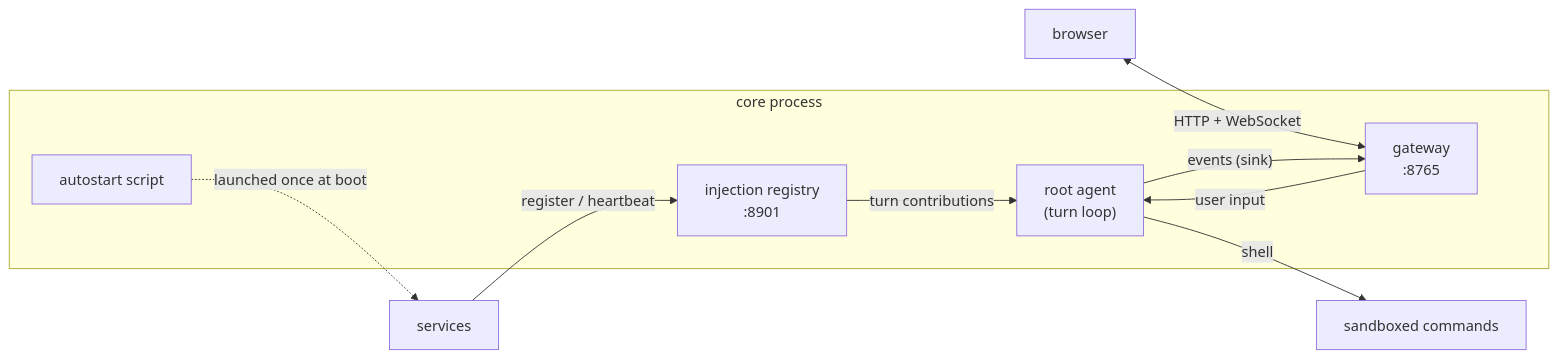
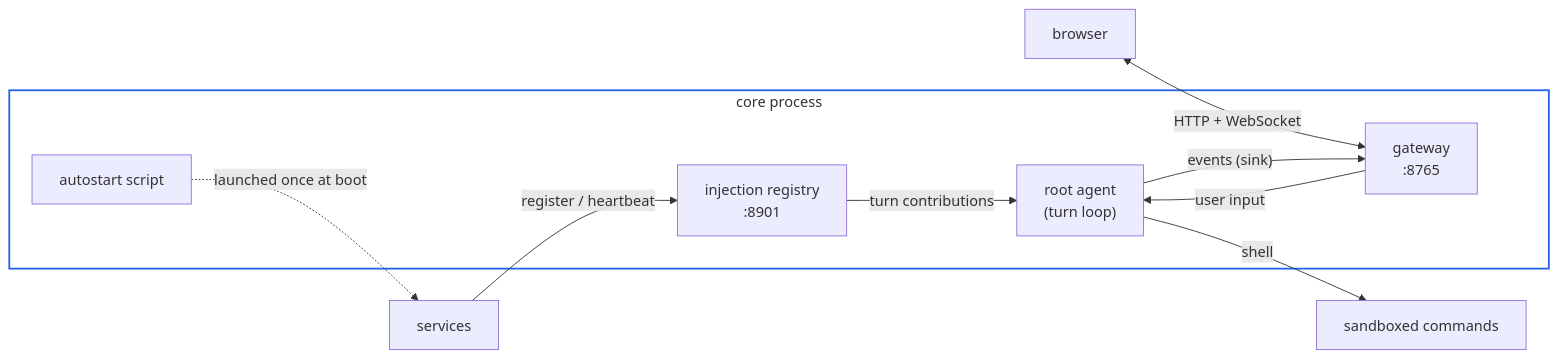
The diagram in docs/for-users/get-started.md (DarkSpaceY/NAN-itself), drawn with Mermaid before and after one commit. The commit also changed 2 other files, not shown here.

Commit message:
docs: use transparent subgraph fills with colored borders

````diff
--- a/docs/for-users/get-started.md
+++ b/docs/for-users/get-started.md
@@ -43,16 +43,17 @@
 ```mermaid
 flowchart LR
     subgraph PROC["core process"]
         ROOT["root agent<br/>(turn loop)"]
         GW["gateway<br/>:8765"]
         HUB["injection registry<br/>:8901"]
         AUTO["autostart script"]
     end
     BROWSER["browser"] <-->|"HTTP + WebSocket"| GW
     GW -->|"user input"| ROOT
     ROOT -->|"events (sink)"| GW
     SVC["services"] -->|"register / heartbeat"| HUB
     HUB -->|"turn contributions"| ROOT
     ROOT -->|"shell"| SBX["sandboxed commands"]
     AUTO -.->|"launched once at boot"| SVC
+    style PROC fill:transparent,stroke:#2563eb,stroke-width:2px
 ```
````
